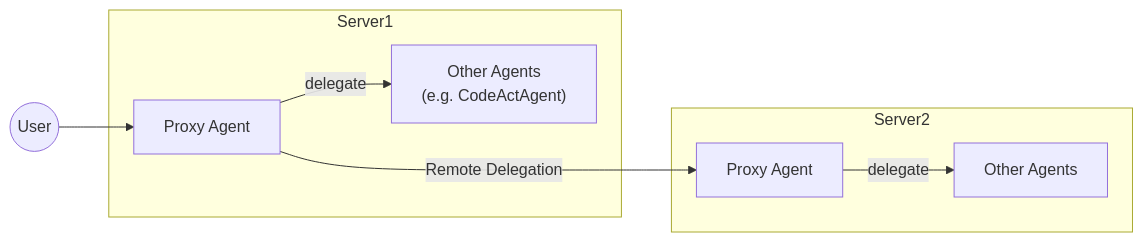
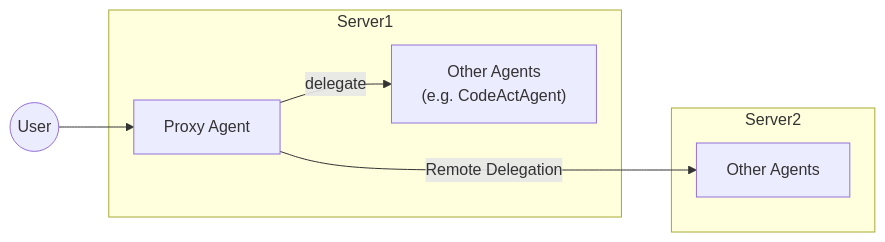
Before and after one commit to All-Hands-AI/OpenHands: the diagram in openhands/agenthub/proxy_agent/README.md, drawn with Mermaid. The commit also changed other lines of this file, not shown here.

Commit message:
Update ProxyAgent's README for A2A

````diff
--- a/openhands/agenthub/proxy_agent/README.md
+++ b/openhands/agenthub/proxy_agent/README.md
@@ -13,19 +13,17 @@
 ```mermaid
 flowchart LR
     u((User)) --> A
 
     subgraph Server1
         A["Proxy Agent"]
         B["Other Agents<br>(e.g. CodeActAgent)"]
         A -->|delegate| B
     end
 
     subgraph Server2
-        C["Proxy Agent"]
         D["Other Agents"]
-        C -->|delegate| D
     end
 
-    A --->|Remote Delegation| C
+    A --->|Remote Delegation| D
 
 ```
````
